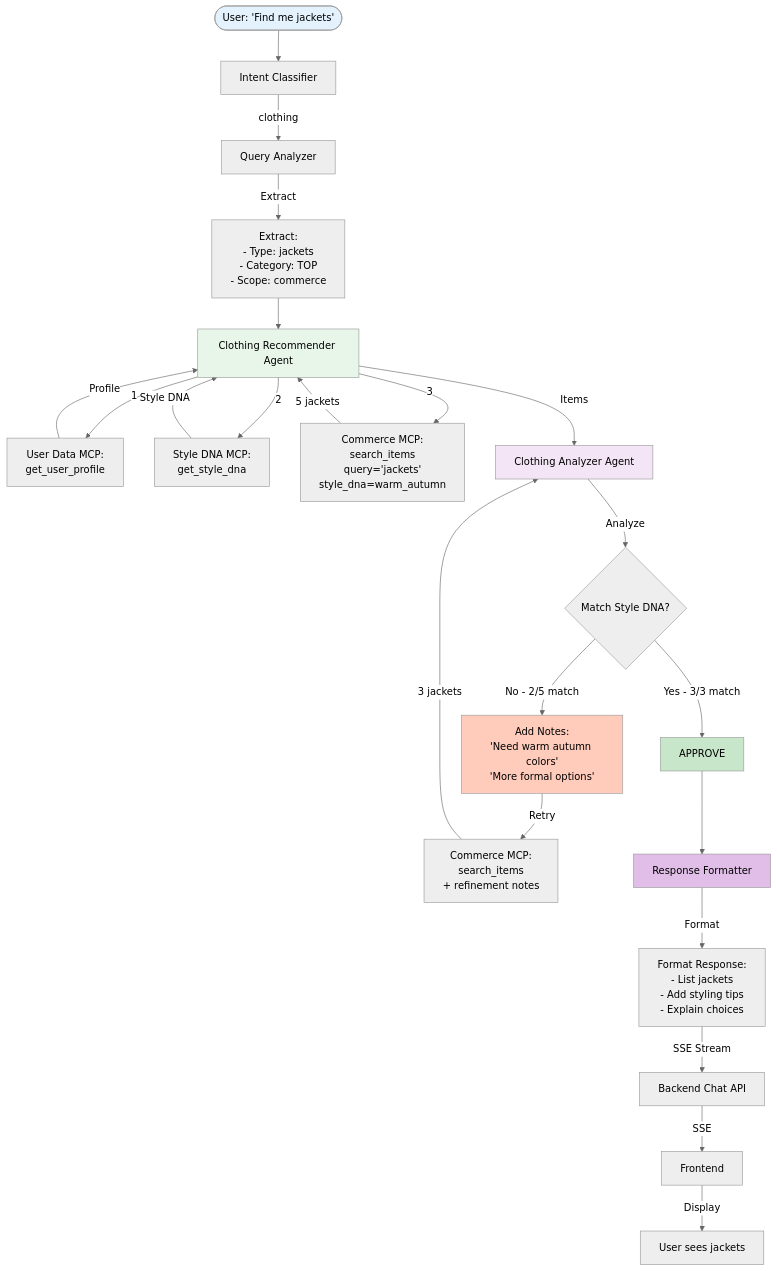
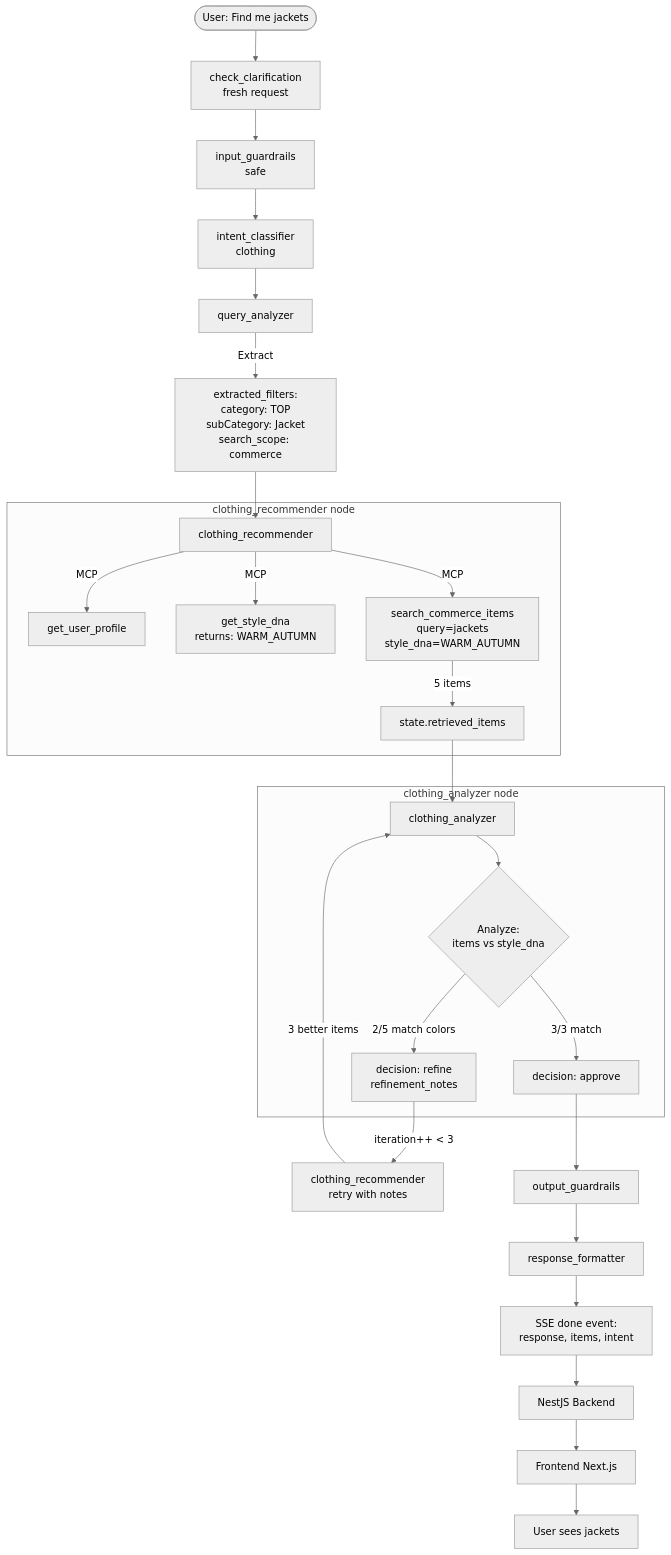
One commit to brscn2/aesthetiq changed the eighth of 9 diagrams in python_engine/docs/MULTI_AGENT_FLOW_DIAGRAM.md. Above: the diagram before and after it, drawn with Mermaid (neutral theme). The commit also changed other lines of this file and 2 other files, not shown here.

````diff
--- a/python_engine/docs/MULTI_AGENT_FLOW_DIAGRAM.md
+++ b/python_engine/docs/MULTI_AGENT_FLOW_DIAGRAM.md
@@ -351,41 +366,37 @@
 ```mermaid
 graph TB
-    Start([User: 'Find me jackets']) --> IC[Intent Classifier]
-    IC -->|clothing| QA[Query Analyzer]
+    Start([User: Find me jackets]) --> CC[check_clarification<br/>fresh request]
+    CC --> IG[input_guardrails<br/>safe]
+    IG --> IC[intent_classifier<br/>clothing]
+    IC --> QA[query_analyzer]
     
-    QA -->|Extract| Extract[Extract:<br/>- Type: jackets<br/>- Category: TOP<br/>- Scope: commerce]
+    QA -->|Extract| Extract[extracted_filters:<br/>category: TOP<br/>subCategory: Jacket<br/>search_scope: commerce]
     
-    Extract --> CRA[Clothing Recommender Agent]
+    Extract --> CRA[clothing_recommender]
     
-    CRA -->|1| UD[User Data MCP:<br/>get_user_profile]
-    CRA -->|2| SD[Style DNA MCP:<br/>get_style_dna]
-    CRA -->|3| CS[Commerce MCP:<br/>search_items<br/>query='jackets'<br/>style_dna=warm_autumn]
+    subgraph recommender [clothing_recommender node]
+        CRA -->|MCP| UD[get_user_profile]
+        CRA -->|MCP| SD[get_style_dna<br/>returns: WARM_AUTUMN]
+        CRA -->|MCP| CS[search_commerce_items<br/>query=jackets<br/>style_dna=WARM_AUTUMN]
+        CS -->|5 items| Items[state.retrieved_items]
+    end
     
-    UD -->|Profile| CRA
-    SD -->|Style DNA| CRA
-    CS -->|5 jackets| CRA
+    Items --> CAA[clothing_analyzer]
     
-    CRA -->|Items| CAA[Clothing Analyzer Agent]
+    subgraph analyzer [clothing_analyzer node]
+        CAA --> Analysis{Analyze:<br/>items vs style_dna}
+        Analysis -->|2/5 match colors| Refine[decision: refine<br/>refinement_notes]
+        Analysis -->|3/3 match| Approve[decision: approve]
+    end
     
-    CAA -->|Analyze| Check{Match Style DNA?}
+    Refine -->|iteration++ < 3| CRA2[clothing_recommender<br/>retry with notes]
+    CRA2 -->|3 better items| CAA
     
-    Check -->|No - 2/5 match| Refine[Add Notes:<br/>'Need warm autumn colors'<br/>'More formal options']
-    Refine -->|Retry| CS2[Commerce MCP:<br/>search_items<br/>+ refinement notes]
-    CS2 -->|3 jackets| CAA
+    Approve --> OG[output_guardrails]
+    OG --> RF[response_formatter]
     
-    Check -->|Yes - 3/3 match| Approve[APPROVE]
-    
-    Approve --> RF[Response Formatter]
-    RF -->|Format| Format[Format Response:<br/>- List jackets<br/>- Add styling tips<br/>- Explain choices]
-    
-    Format -->|SSE Stream| Backend[Backend Chat API]
-    Backend -->|SSE| Frontend[Frontend]
-    Frontend -->|Display| User[User sees jackets]
-    
-    style Start fill:#e3f2fd
-    style CRA fill:#e8f5e9
-    style CAA fill:#f3e5f5
-    style Approve fill:#c8e6c9
-    style Refine fill:#ffccbc
-    style RF fill:#e1bee7
+    RF --> Done[SSE done event:<br/>response, items, intent]
+    Done --> Backend[NestJS Backend]
+    Backend --> Frontend[Frontend Next.js]
+    Frontend --> User[User sees jackets]
 ```
````
